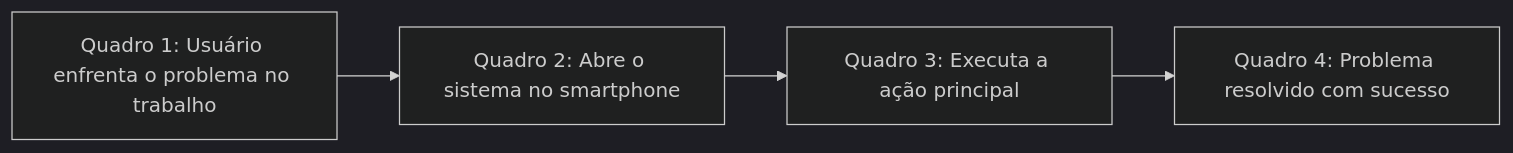
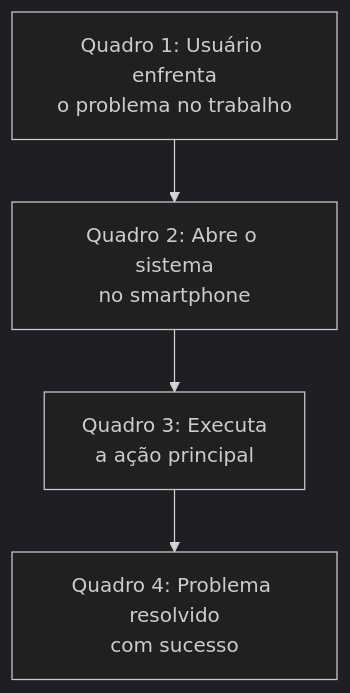
One commit to leorruas/puc changed the third of 3 diagrams in 08. Design de Interacao/13. Prototipagem de sistemas interativos - fidelidade, dimensão, wireframe, mockup e storyboard.md. Above: the diagram before and after it, drawn with Mermaid (dark theme). The commit also changed other lines of this file and 8 other files, not shown here.

Commit message:
style(mermaid): refactor diagrams to vertical TD flow and add Mermaid guidelines to AGENTS.md

````diff
--- a/08. Design de Interacao/13. Prototipagem de sistemas interativos - fidelidade, dimensão, wireframe, mockup e storyboard.md
+++ b/08. Design de Interacao/13. Prototipagem de sistemas interativos - fidelidade, dimensão, wireframe, mockup e storyboard.md
@@ -157,6 +157,6 @@
 ```mermaid
-graph LR
-    Cena1["Quadro 1: Usuário enfrenta o problema no trabalho"] --> Cena2["Quadro 2: Abre o sistema no smartphone"]
-    Cena2 --> Cena3["Quadro 3: Executa a ação principal"]
-    Cena3 --> Cena4["Quadro 4: Problema resolvido com sucesso"]
+graph TD
+    Cena1["Quadro 1: Usuário enfrenta<br>o problema no trabalho"] --> Cena2["Quadro 2: Abre o sistema<br>no smartphone"]
+    Cena2 --> Cena3["Quadro 3: Executa<br>a ação principal"]
+    Cena3 --> Cena4["Quadro 4: Problema resolvido<br>com sucesso"]
 ```
````
